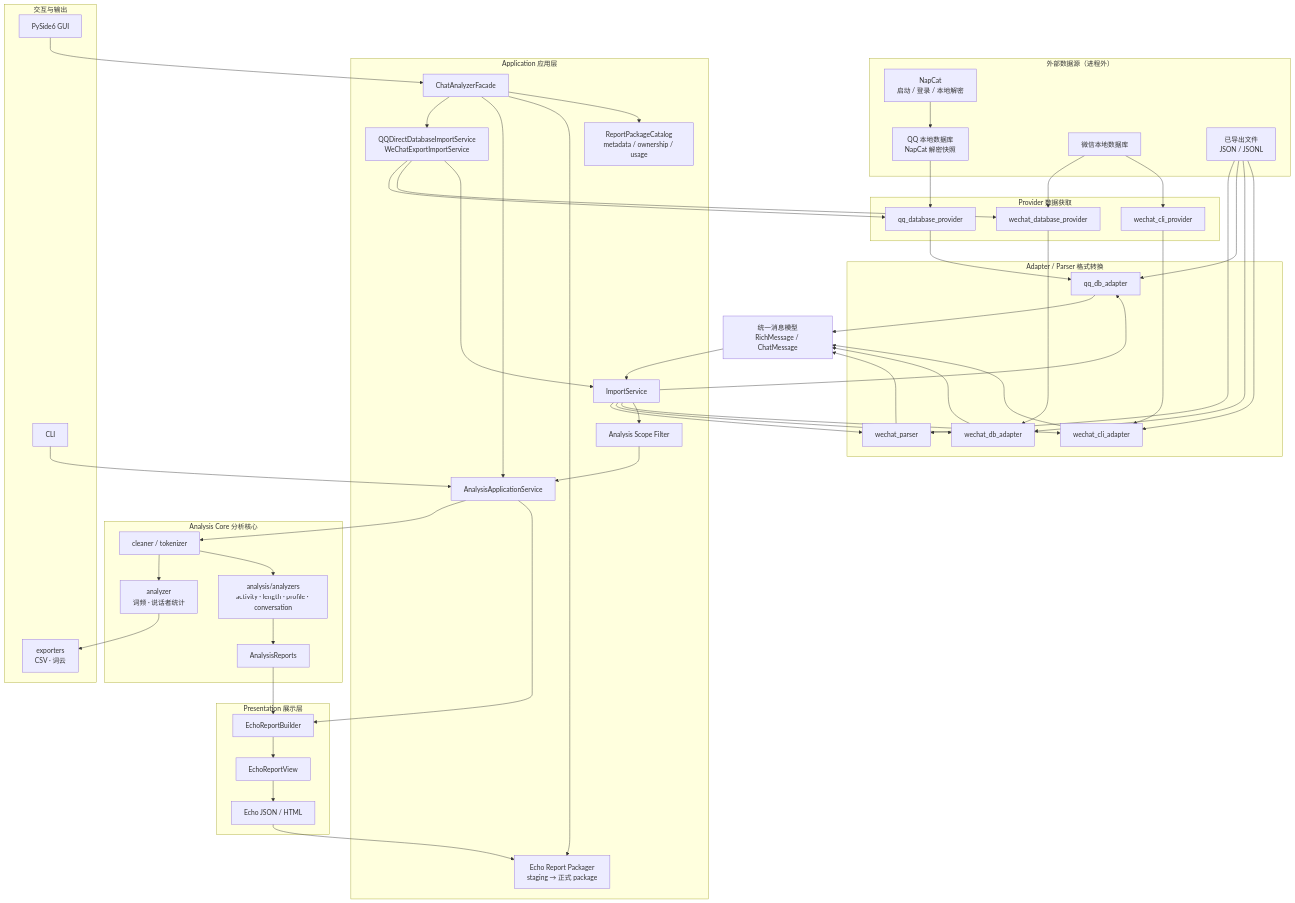
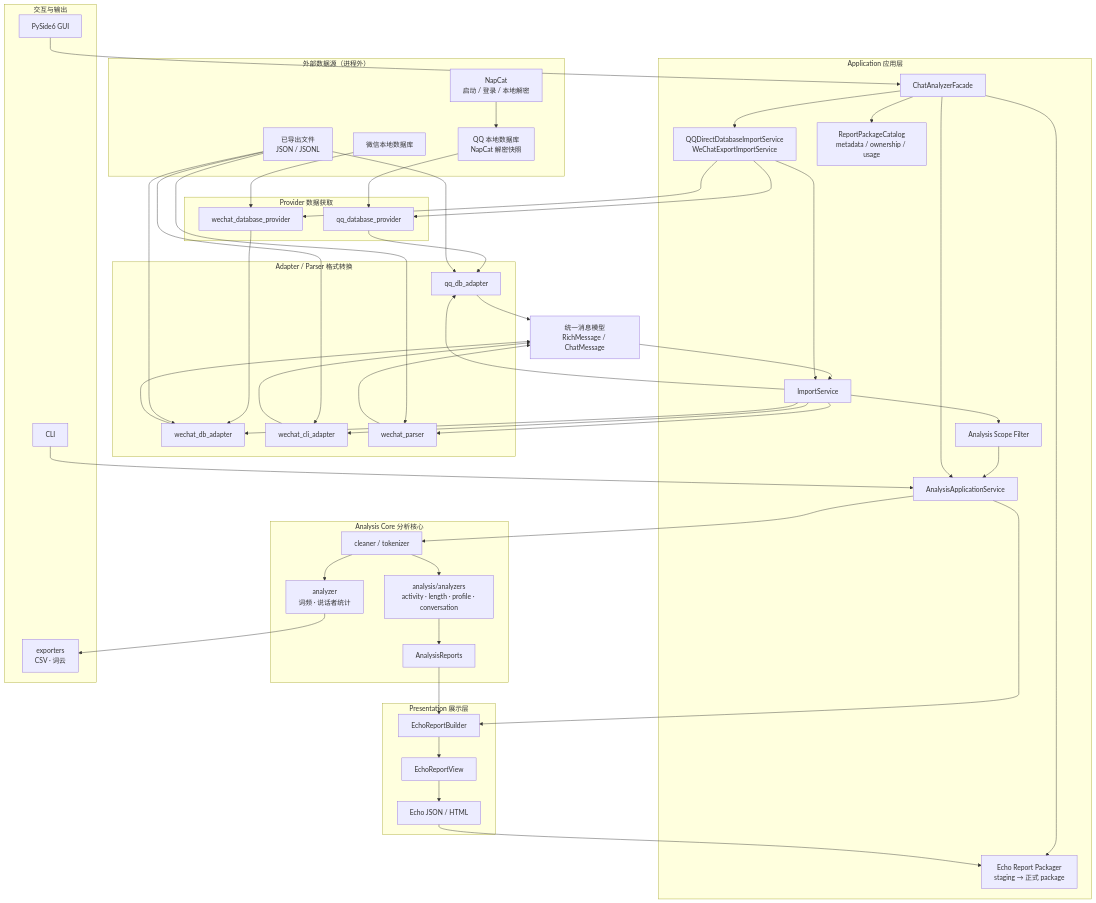
The diagram in ARCHITECTURE.md (lindreams/echo-chat-analyzer), drawn with Mermaid before and after one commit. The commit also changed other lines of this file and 12 other files, not shown here.

```diff
--- a/ARCHITECTURE.md
+++ b/ARCHITECTURE.md
@@ -44,7 +44,6 @@
     subgraph ACQ["Provider 数据获取"]
         PQQDB["qq_database_provider"]
         PWXDB["wechat_database_provider"]
-        PWXCLI["wechat_cli_provider"]
     end
 
     subgraph ADP["Adapter / Parser 格式转换"]
@@ -87,11 +86,10 @@
 
     NAPCAT --> QQDB --> PQQDB --> AQQDB --> MSG
     WXAPP --> PWXDB --> AWXDB --> MSG
-    WXAPP --> PWXCLI --> AWXCLI --> MSG
     FILE --> PARSER --> MSG
     FILE --> AQQDB
     FILE --> AWXDB
-    FILE --> AWXCLI
+    FILE --> AWXCLI --> MSG
 
     ORCH --> PQQDB
     ORCH --> PWXDB
```
